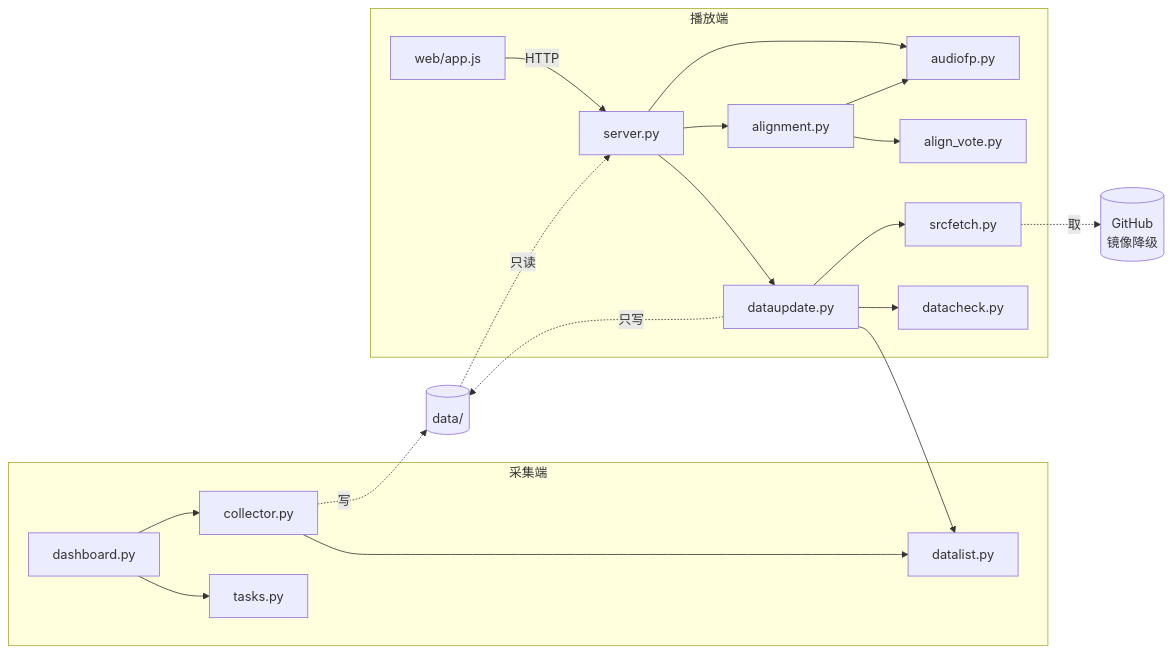
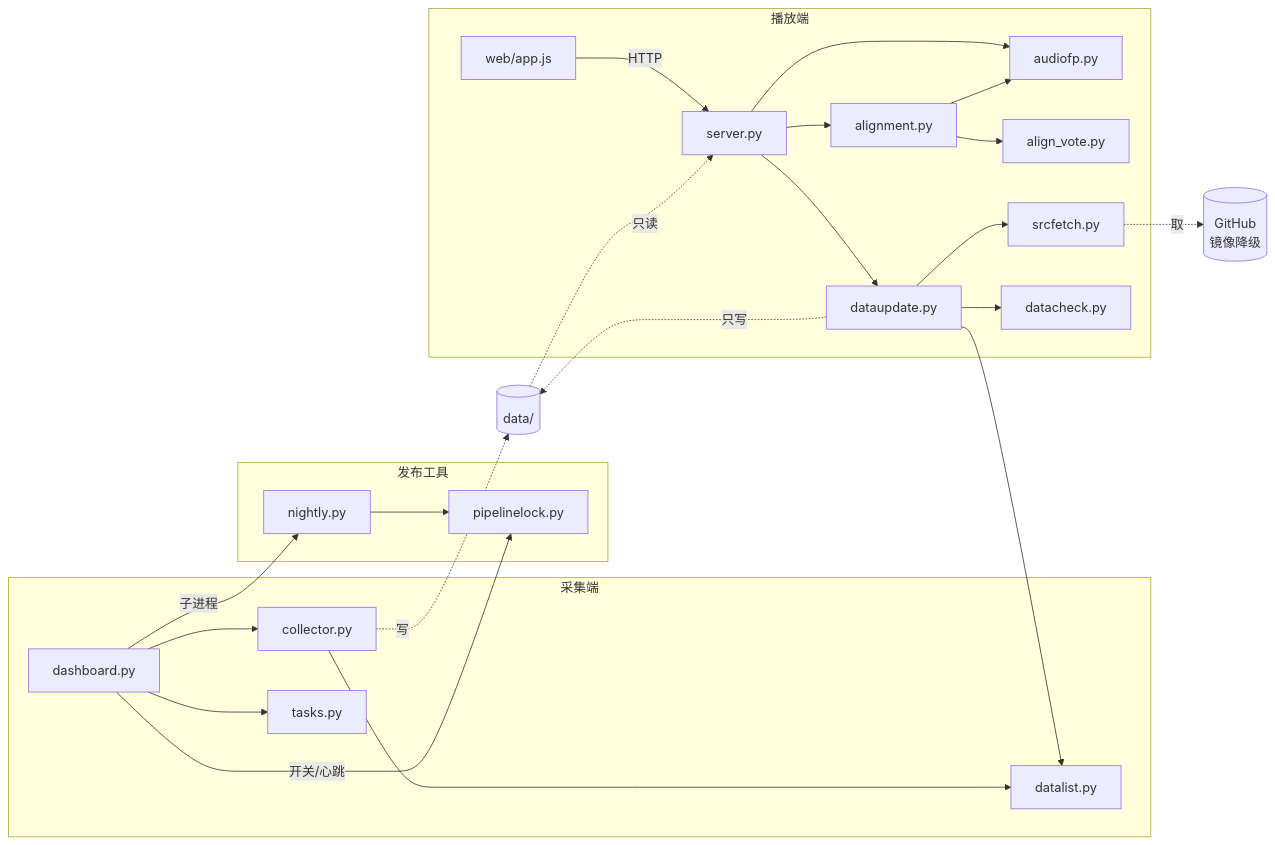
The first of 3 diagrams in 架构总览.md (root9701/danmaku-timewarp), drawn with Mermaid before and after one commit. The commit also changed other lines of this file and 10 other files, not shown here.

````diff
--- a/架构总览.md
+++ b/架构总览.md
@@ -36,23 +37,28 @@
 ```mermaid
 flowchart LR
   subgraph 采集端
     D[dashboard.py] --> C[collector.py]
     D --> T[tasks.py]
     C --> L[live_audiofp.py]
+  end
+  subgraph 发布工具
+    D -->|开关/心跳| P[pipelinelock.py]
+    N[nightly.py] --> P
+    D -->|子进程| N
   end
   subgraph 播放端
     S[server.py] --> AL[alignment.py]
     S --> A[audiofp.py]
     AL --> A
     AL --> V[align_vote.py]
     S --> U[dataupdate.py]
     U --> L[datalist.py]
     U --> F[srcfetch.py]
     U --> K[datacheck.py]
     W[web/app.js] -->|HTTP| S
   end
   C -.写.-> FS[(data/)]
   FS -.只读.-> S
   U -.只写.-> FS
   F -.取.-> GH[(GitHub<br/>镜像降级)]
 ```
````
